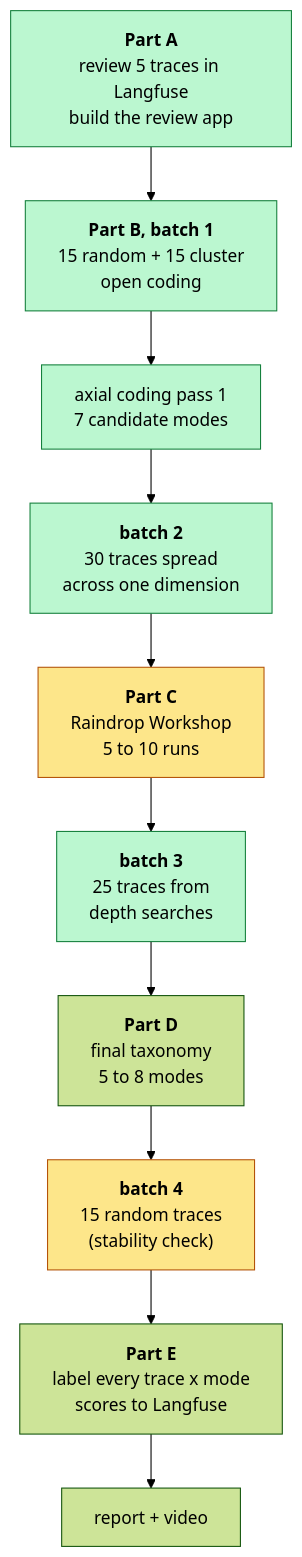
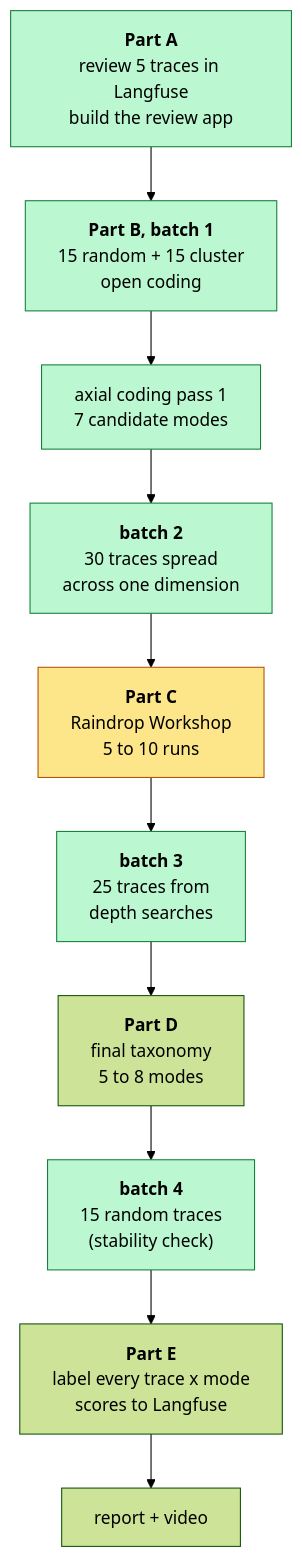
Before and after one commit to edangx100/cartwheel-homeworks: the first of 5 diagrams in homework/homework4_report.md, drawn with Mermaid (forest theme). The commit also changed other lines of this file, not shown here.

````diff
--- a/homework/homework4_report.md
+++ b/homework/homework4_report.md
@@ -99,23 +99,23 @@
 ```mermaid
 flowchart TD
     PA["<b>Part A</b><br/>review 5 traces in Langfuse<br/>build the review app"]
     B1["<b>Part B, batch 1</b><br/>15 random + 15 cluster<br/>open coding"]
     AX1["axial coding pass 1<br/>7 candidate modes"]
     B2["<b>batch 2</b><br/>30 traces spread<br/>across one dimension"]
     PC["<b>Part C</b><br/>Raindrop Workshop<br/>5 to 10 runs"]
     B3["<b>batch 3</b><br/>25 traces from<br/>depth searches"]
     PD["<b>Part D</b><br/>final taxonomy<br/>5 to 8 modes"]
     B4["<b>batch 4</b><br/>15 random traces<br/>(stability check)"]
     PE["<b>Part E</b><br/>label every trace x mode<br/>scores to Langfuse"]
     V["report + video"]
 
     PA --> B1 --> AX1 --> B2 --> PC --> B3 --> PD --> B4 --> PE --> V
 
     style PA fill:#bbf7d0,stroke:#15803d
     style B1 fill:#bbf7d0,stroke:#15803d
     style AX1 fill:#bbf7d0,stroke:#15803d
     style B2 fill:#bbf7d0,stroke:#15803d
     style B3 fill:#bbf7d0,stroke:#15803d
     style PC fill:#fde68a,stroke:#b45309
-    style B4 fill:#fde68a,stroke:#b45309
+    style B4 fill:#bbf7d0,stroke:#15803d
 ```
````
